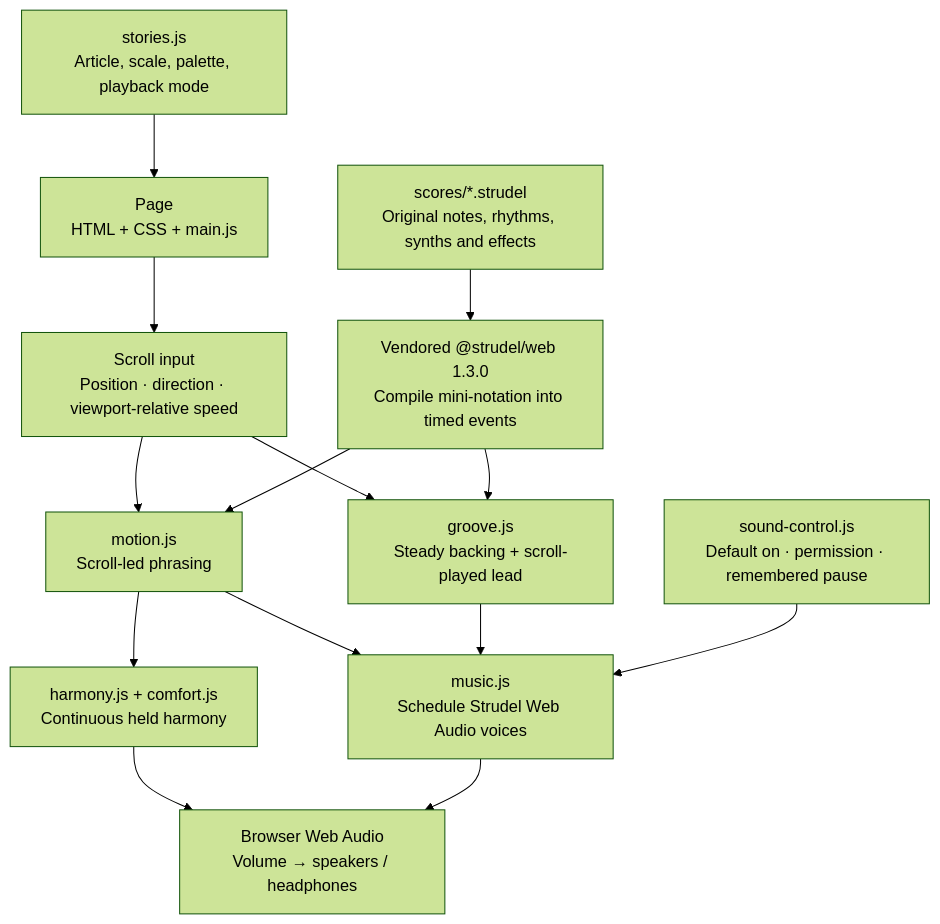
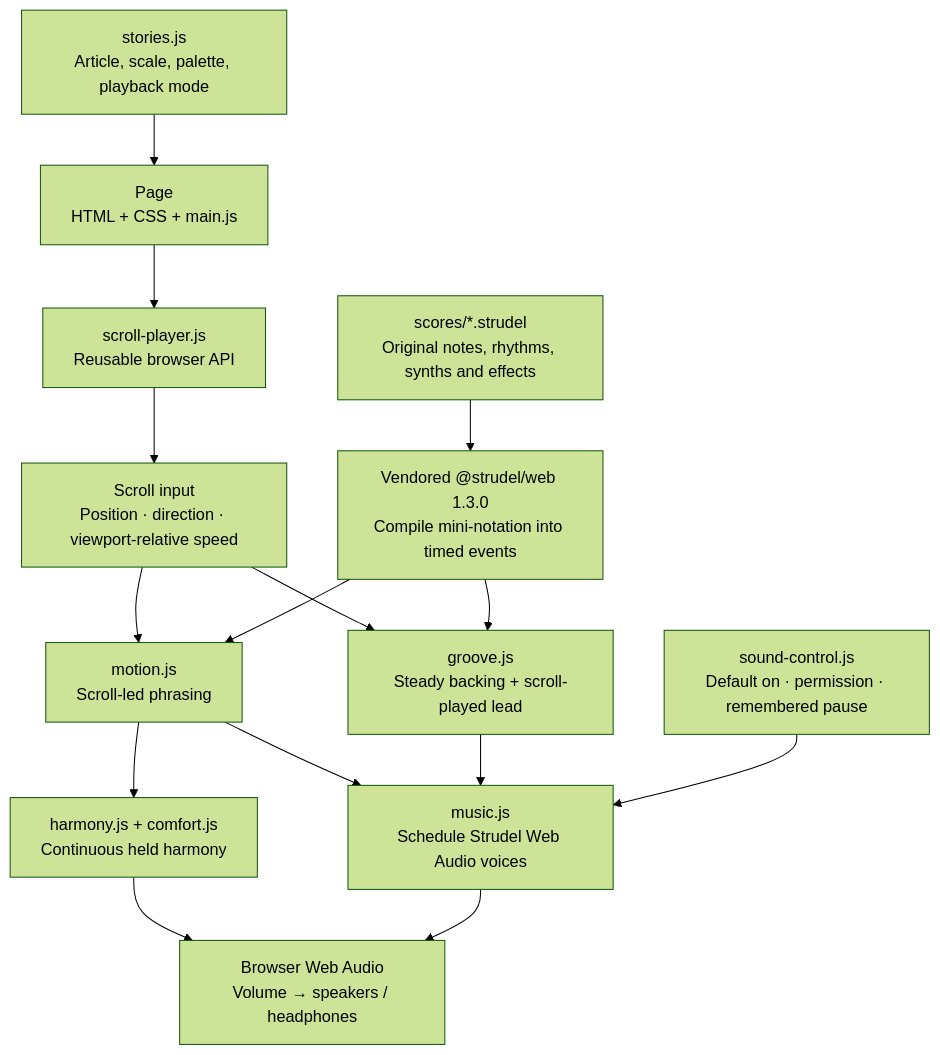
The first of 2 diagrams in README.md (lsbonafe/undertone), drawn with Mermaid (forest theme) before and after one commit. The commit also changed other lines of this file and 9 other files, not shown here.

Commit message:
Extract reusable scroll score player

````diff
--- a/README.md
+++ b/README.md
@@ -15,16 +46,17 @@
 ```mermaid
 flowchart TB
     A["stories.js<br/>Article, scale, palette, playback mode"] --> P["Page<br/>HTML + CSS + main.js"]
     S["scores/*.strudel<br/>Original notes, rhythms, synths and effects"] --> C["Vendored @strudel/web 1.3.0<br/>Compile mini-notation into timed events"]
-    P --> I["Scroll input<br/>Position · direction · viewport-relative speed"]
+    P --> L["scroll-player.js<br/>Reusable browser API"]
+    L --> I["Scroll input<br/>Position · direction · viewport-relative speed"]
     I --> R["motion.js<br/>Scroll-led phrasing"]
     I --> G["groove.js<br/>Steady backing + scroll-played lead"]
     C --> R
     C --> G
     R --> H["harmony.js + comfort.js<br/>Continuous held harmony"]
     R --> O["music.js<br/>Schedule Strudel Web Audio voices"]
     G --> O
     H --> B["Browser Web Audio<br/>Volume → speakers / headphones"]
     O --> B
     U["sound-control.js<br/>Default on · permission · remembered pause"] --> O
 ```
````
